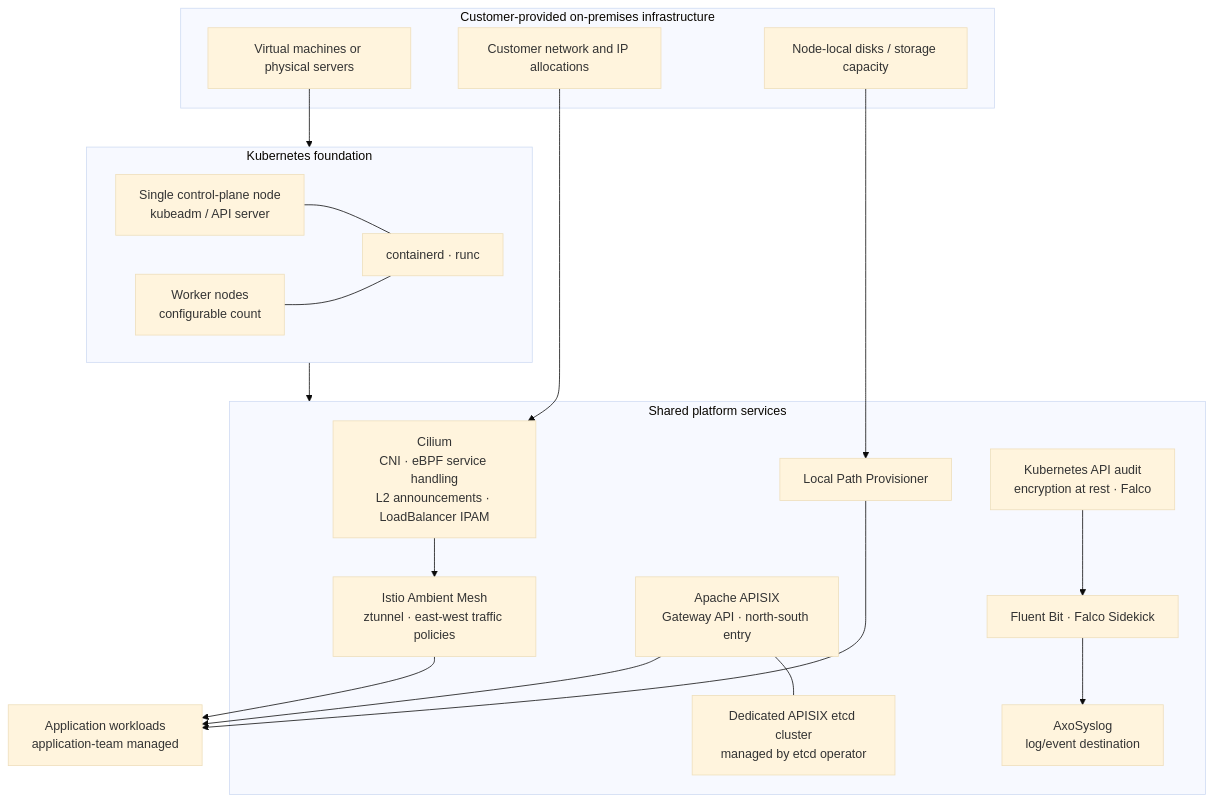
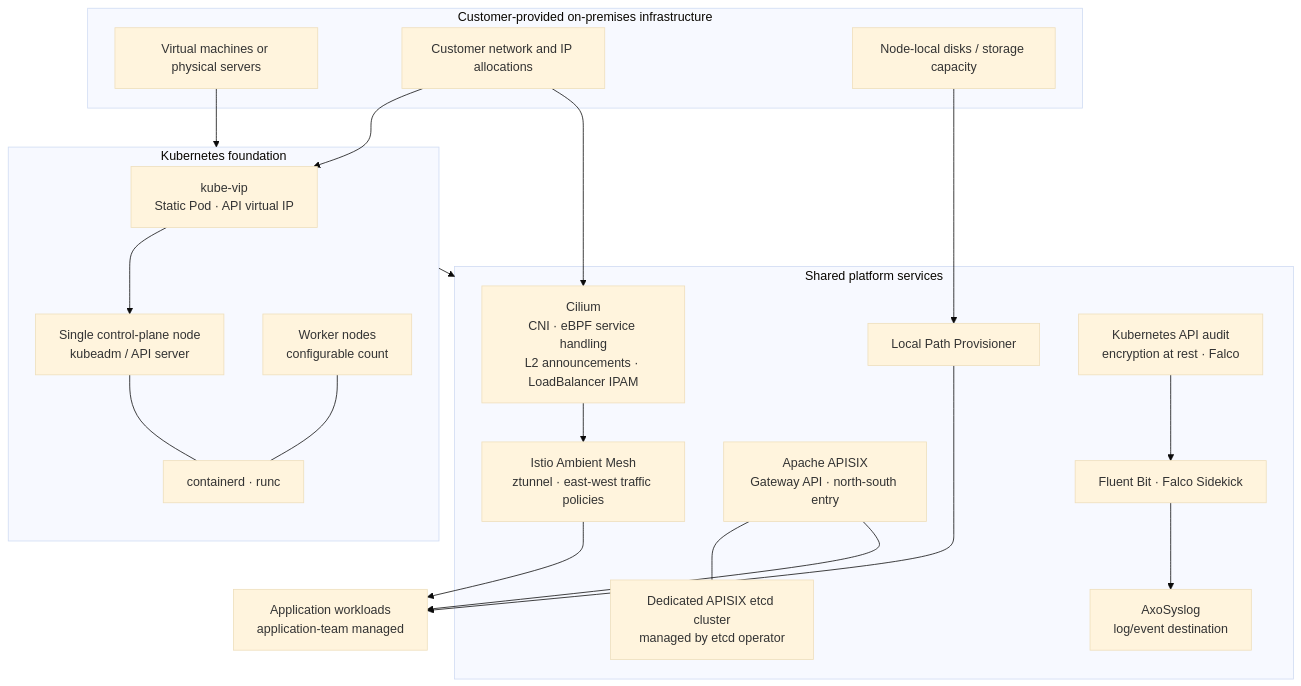
One commit to ShayeGun/base-k8s-platform changed the first of 2 diagrams in README.md. Above: the diagram before and after it, drawn with Mermaid (base theme). The commit also changed other lines of this file and 12 other files, not shown here.

````diff
--- a/README.md
+++ b/README.md
@@ -51,41 +83,44 @@
-```mermaid
+``` mermaid
 flowchart TB
     subgraph INFRA["Customer-provided on-premises infrastructure"]
         VMS["Virtual machines or physical servers"]
         NET["Customer network and IP allocations"]
         DISK["Node-local disks / storage capacity"]
     end
 
     subgraph K8S["Kubernetes foundation"]
+        VIP["kube-vip<br/>Static Pod · API virtual IP"]
         CP["Single control-plane node<br/>kubeadm / API server"]
         WK["Worker nodes<br/>configurable count"]
         CRI["containerd · runc"]
+        VIP --> CP
         CP --- CRI
         WK --- CRI
     end
 
     subgraph PLATFORM["Shared platform services"]
         CILIUM["Cilium<br/>CNI · eBPF service handling<br/>L2 announcements · LoadBalancer IPAM"]
         ISTIO["Istio Ambient Mesh<br/>ztunnel · east-west traffic policies"]
         APISIX["Apache APISIX<br/>Gateway API · north-south entry"]
         ETCD["Dedicated APISIX etcd cluster<br/>managed by etcd operator"]
         STORAGE["Local Path Provisioner"]
         SECURITY["Kubernetes API audit<br/>encryption at rest · Falco"]
         LOGGING["Fluent Bit · Falco Sidekick"]
         SYSLOG["AxoSyslog<br/>log/event destination"]
     end
 
     APP["Application workloads<br/>application-team managed"]
 
     VMS --> K8S
+    NET --> VIP
     NET --> CILIUM
     DISK --> STORAGE
     K8S --> PLATFORM
     APISIX --- ETCD
     CILIUM --> ISTIO
     ISTIO --> APP
     APISIX --> APP
     STORAGE --> APP
     SECURITY --> LOGGING
     LOGGING --> SYSLOG
 ```
````
